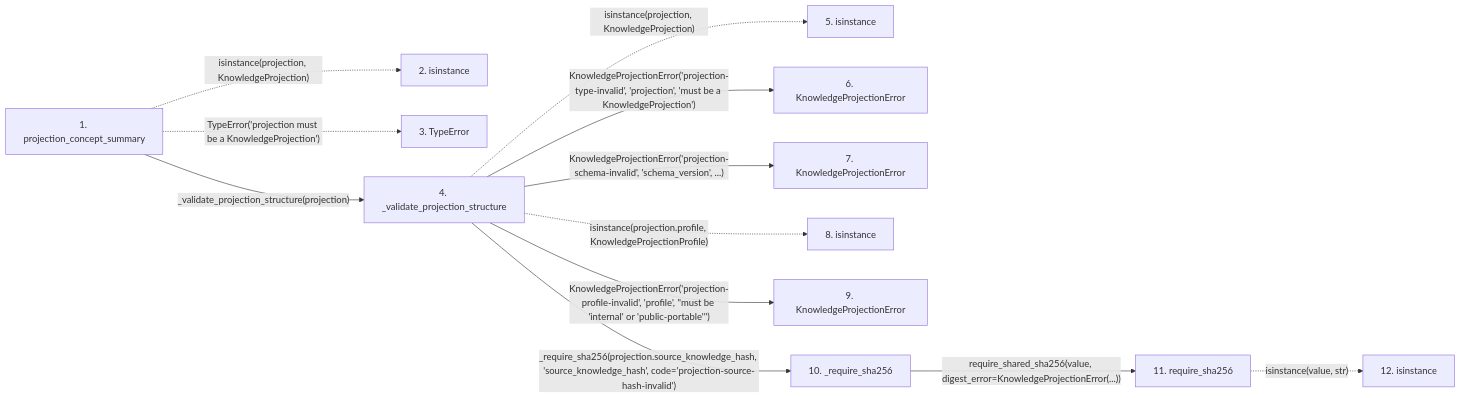
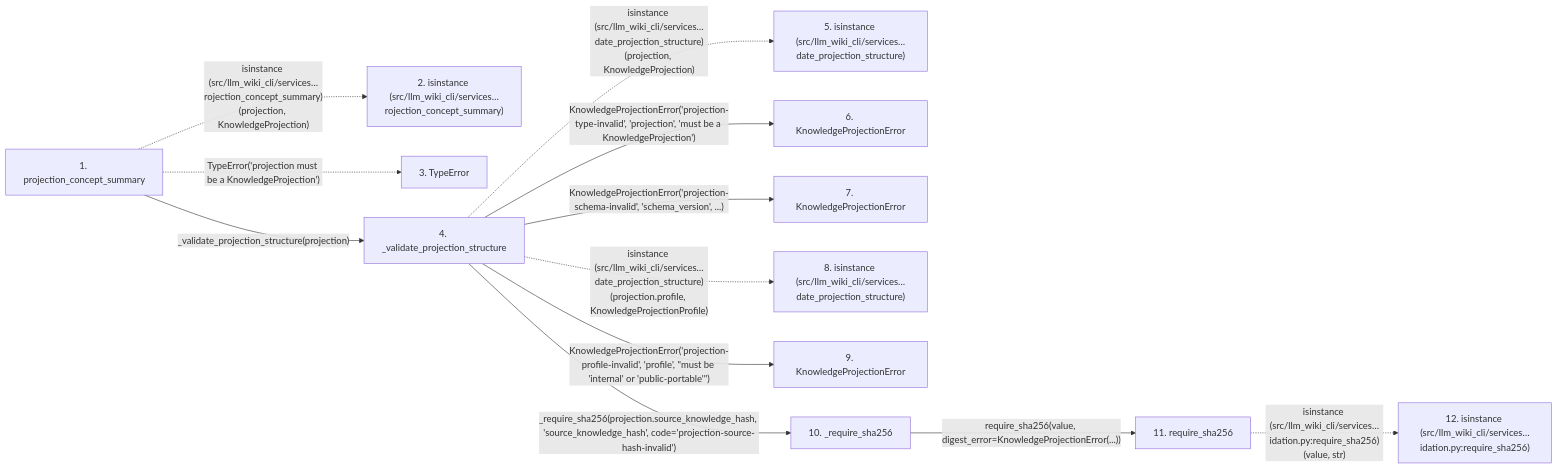
One commit to Denissvgn/python-wiki-llm changed the second of 2 diagrams in docs/llm_wiki/flows/api-projection_concept_summary.md. Above: the diagram before and after it, drawn with Mermaid. The commit also changed other lines of this file and 719 other files, not shown here.

````diff
--- a/docs/llm_wiki/flows/api-projection_concept_summary.md
+++ b/docs/llm_wiki/flows/api-projection_concept_summary.md
@@ -76,33 +81,33 @@
 ```mermaid
 flowchart LR
     s1["1. projection_concept_summary"]
-    s2["2. isinstance"]
+    s2["2. isinstance (src/llm_wiki_cli/services…rojection_concept_summary)"]
     s3["3. TypeError"]
     s4["4. _validate_projection_structure"]
-    s5["5. isinstance"]
+    s5["5. isinstance (src/llm_wiki_cli/services…date_projection_structure)"]
     s6["6. KnowledgeProjectionError"]
     s7["7. KnowledgeProjectionError"]
-    s8["8. isinstance"]
+    s8["8. isinstance (src/llm_wiki_cli/services…date_projection_structure)"]
     s9["9. KnowledgeProjectionError"]
     s10["10. _require_sha256"]
     s11["11. require_sha256"]
-    s12["12. isinstance"]
-    s1 -. "isinstance(projection, KnowledgeProjection)" .-> s2
+    s12["12. isinstance (src/llm_wiki_cli/services…idation.py:require_sha256)"]
+    s1 -. "isinstance (src/llm_wiki_cli/services…rojection_concept_summary)(projection, KnowledgeProjection)" .-> s2
     s1 -. "TypeError('projection must be a KnowledgeProjection')" .-> s3
     s1 -->|"_validate_projection_structure(projection)"| s4
-    s4 -. "isinstance(projection, KnowledgeProjection)" .-> s5
+    s4 -. "isinstance (src/llm_wiki_cli/services…date_projection_structure)(projection, KnowledgeProjection)" .-> s5
     s4 -->|"KnowledgeProjectionError('projection-type-invalid', 'projection', 'must be a KnowledgeProjection')"| s6
     s4 -->|"KnowledgeProjectionError('projection-schema-invalid', 'schema_version', ...)"| s7
-    s4 -. "isinstance(projection.profile, KnowledgeProjectionProfile)" .-> s8
+    s4 -. "isinstance (src/llm_wiki_cli/services…date_projection_structure)(projection.profile, KnowledgeProjectionProfile)" .-> s8
     s4 -->|"KnowledgeProjectionError('projection-profile-invalid', 'profile', #34;must be 'internal' or 'public-portable'#34;)"| s9
     s4 -->|"_require_sha256(projection.source_knowledge_hash, 'source_knowledge_hash', code='projection-source-hash-invalid')"| s10
-    s10 -->|"require_shared_sha256(value, digest_error=KnowledgeProjectionError(...))"| s11
-    s11 -. "isinstance(value, str)" .-> s12
+    s10 -->|"require_sha256(value, digest_error=KnowledgeProjectionError(...))"| s11
+    s11 -. "isinstance (src/llm_wiki_cli/services…idation.py:require_sha256)(value, str)" .-> s12
     click s1 "../modules/knowledge_projection.md"
     click s4 "../modules/knowledge_projection.md"
     click s6 "../modules/knowledge_projection.md"
     click s7 "../modules/knowledge_projection.md"
     click s9 "../modules/knowledge_projection.md"
     click s10 "../modules/knowledge_projection.md"
     click s11 "../modules/validation.md"
 ```
````
